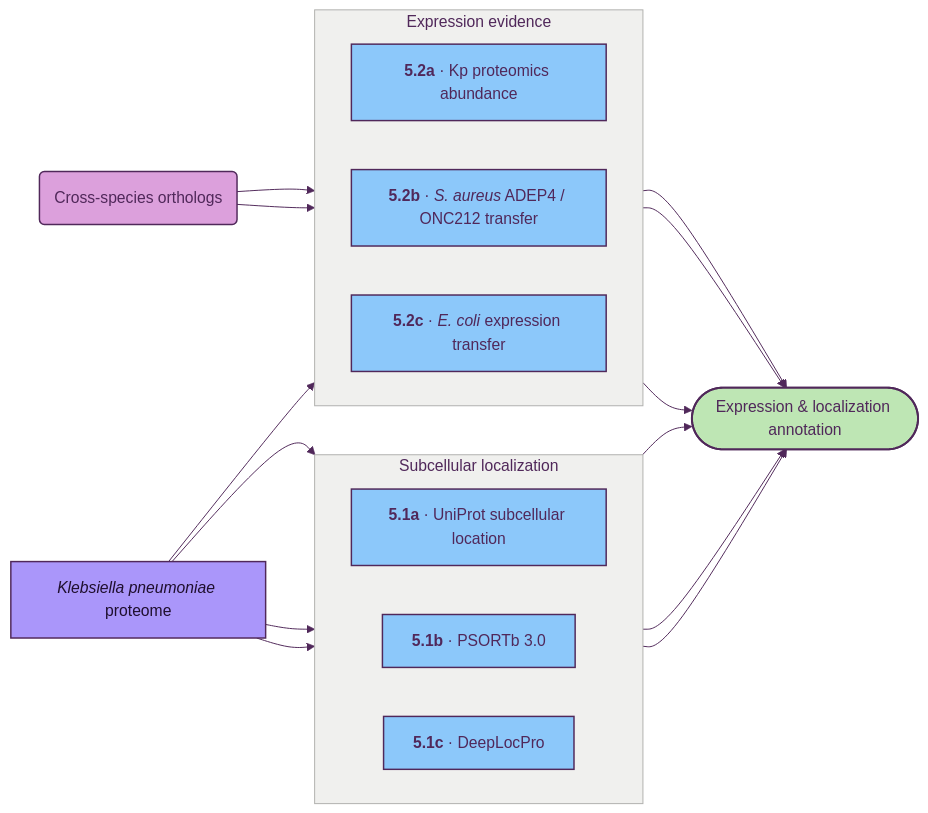
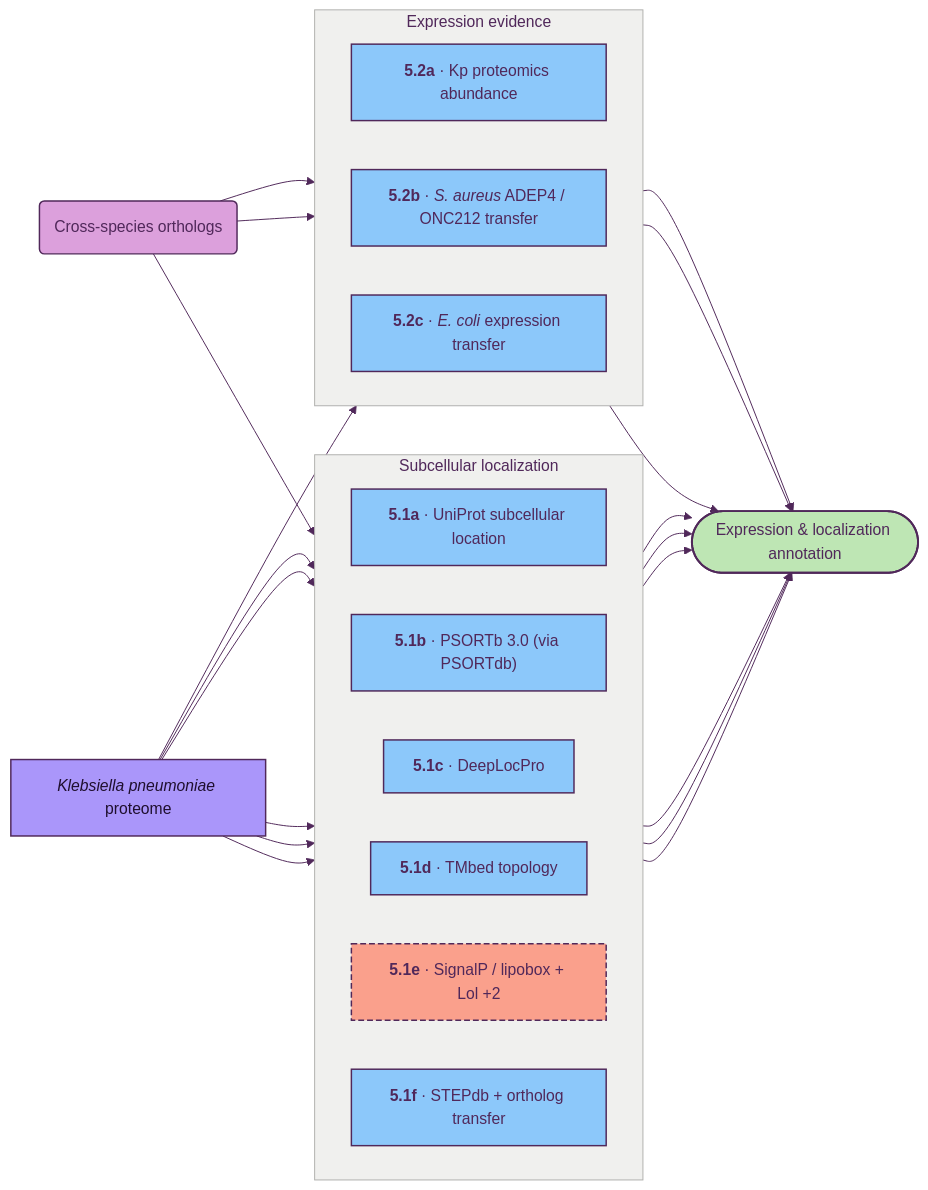
The diagram in docs/05_expression_and_localization.md (ersilia-os/gradi-target-prioritization), drawn with Mermaid before and after one commit. The commit also changed other lines of this file and 21 other files, not shown here.

````diff
--- a/docs/05_expression_and_localization.md
+++ b/docs/05_expression_and_localization.md
@@ -5,44 +5,53 @@
 ```mermaid
 %%{init: {'theme':'base','themeVariables':{'primaryColor':'#FAD782','primaryBorderColor':'#50285A','primaryTextColor':'#50285A','lineColor':'#50285A','secondaryColor':'#8CC8FA','tertiaryColor':'#BEE6B4','clusterBkg':'#F0F0EE','clusterBorder':'#B0B0AE','titleColor':'#50285A','fontFamily':'Inter, system-ui, sans-serif'}}}%%
 flowchart LR
     classDef source    fill:#AA96FA,stroke:#50285A,stroke-width:1.5px,color:#1F0F2E
     classDef dataset   fill:#FAD782,stroke:#50285A,stroke-width:1.5px,color:#50285A
     classDef method    fill:#8CC8FA,stroke:#50285A,stroke-width:1.5px,color:#50285A
     classDef embedding fill:#AA96FA,stroke:#50285A,stroke-width:1.5px,color:#1F0F2E
     classDef result    fill:#BEE6B4,stroke:#50285A,stroke-width:2px,color:#50285A
     classDef tagnostic fill:#DCA0DC,stroke:#50285A,stroke-width:1.5px,color:#50285A
     classDef stub      fill:#FAA08C,stroke:#50285A,stroke-width:1.5px,stroke-dasharray:6 3,color:#50285A
     classDef planned   fill:#D2D2D0,stroke:#7A7A78,stroke-width:1px,stroke-dasharray:5 5,color:#5A5A58
 
     P["<i>Klebsiella pneumoniae</i> proteome"]:::source
 
     ORTHO("Cross-species orthologs"):::tagnostic
 
     subgraph LOC [" Subcellular localization "]
         direction LR
         UPLOC["<b>5.1a</b> · UniProt subcellular location"]:::method
-        PSORT["<b>5.1b</b> · PSORTb 3.0"]:::method
+        PSORT["<b>5.1b</b> · PSORTb 3.0 (via PSORTdb)"]:::method
         DLP["<b>5.1c</b> · DeepLocPro"]:::method
+        TMB["<b>5.1d</b> · TMbed topology"]:::method
+        SP["<b>5.1e</b> · SignalP / lipobox + Lol +2"]:::stub
+        STEP["<b>5.1f</b> · STEPdb + ortholog transfer"]:::method
     end
 
     subgraph EXPR [" Expression evidence "]
         direction LR
         PAXKP["<b>5.2a</b> · Kp proteomics abundance"]:::method
         SAU["<b>5.2b</b> · <i>S. aureus</i> ADEP4 / ONC212 transfer"]:::method
         ECEXP["<b>5.2c</b> · <i>E. coli</i> expression transfer"]:::method
     end
 
     P --> UPLOC
     P --> PSORT
     P --> DLP
+    P --> TMB
+    P --> SP
     P --> PAXKP
+    ORTHO --> STEP
     ORTHO --> SAU
     ORTHO --> ECEXP
 
     UPLOC --> T(["Expression &amp; localization annotation"]):::result
     PSORT --> T
     DLP   --> T
+    TMB   --> T
+    SP    --> T
+    STEP  --> T
     PAXKP --> T
     SAU   --> T
     ECEXP --> T
 ```
````
